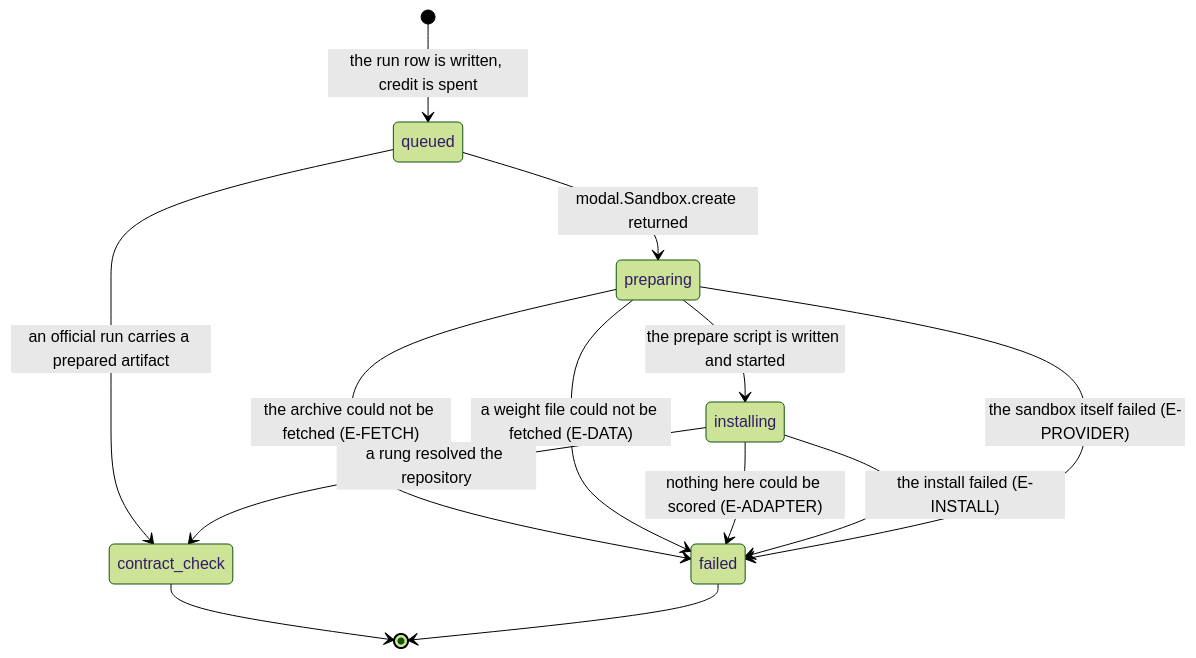
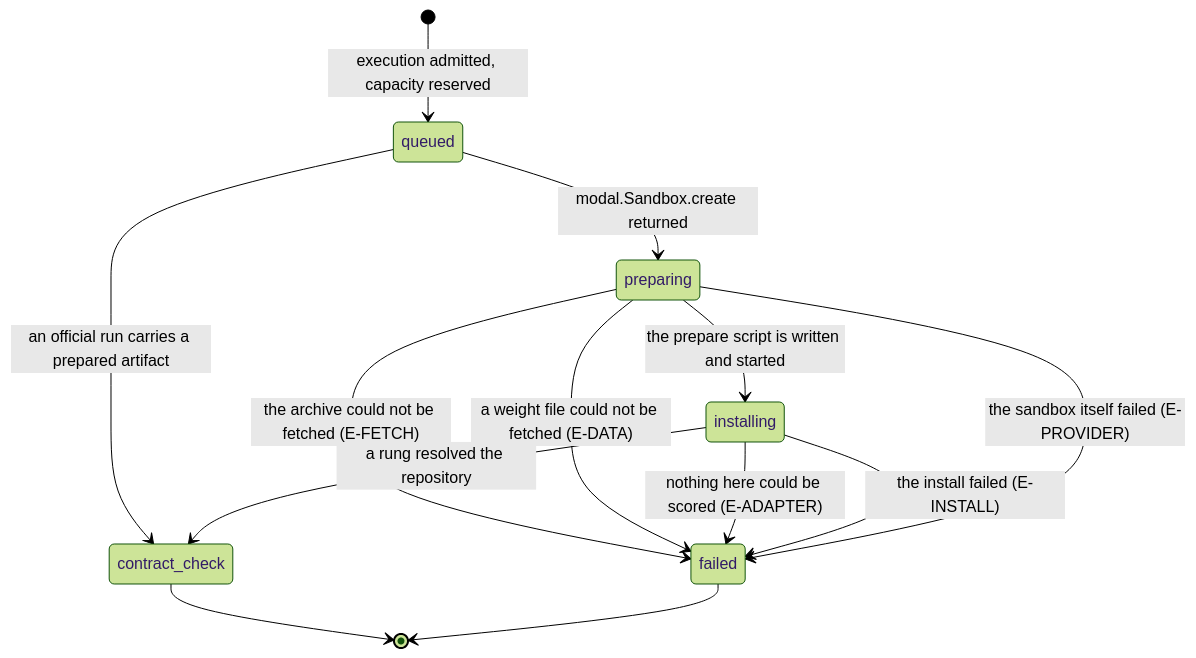
One commit to SamGu-NRX/CogPortal changed the diagram in docs/product-description/sandbox/prepare.md. Above: the diagram before and after it, drawn with Mermaid (forest theme). The commit also changed other lines of this file and 22 other files, not shown here.

````diff
--- a/docs/product-description/sandbox/prepare.md
+++ b/docs/product-description/sandbox/prepare.md
@@ -45,15 +45,15 @@
 ```mermaid
 stateDiagram-v2
-    [*] --> queued : the run row is written, credit is spent
+    [*] --> queued : execution admitted, capacity reserved
     queued --> preparing : modal.Sandbox.create returned
     queued --> contract_check : an official run carries a prepared artifact
     preparing --> installing : the prepare script is written and started
     installing --> contract_check : a rung resolved the repository
     preparing --> failed : the archive could not be fetched (E-FETCH)
     preparing --> failed : a weight file could not be fetched (E-DATA)
     installing --> failed : nothing here could be scored (E-ADAPTER)
     installing --> failed : the install failed (E-INSTALL)
     preparing --> failed : the sandbox itself failed (E-PROVIDER)
     contract_check --> [*]
     failed --> [*]
 ```
````
